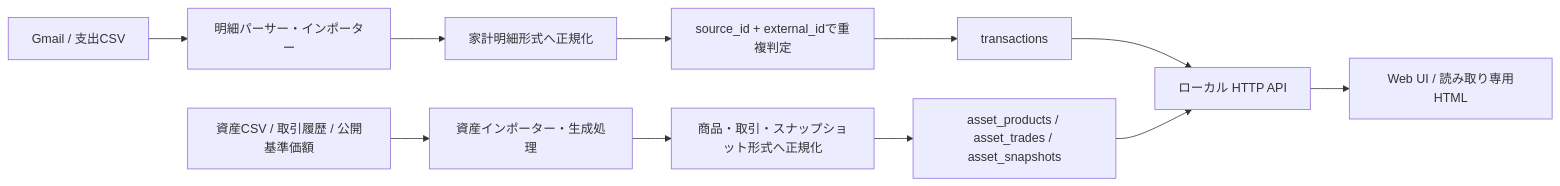
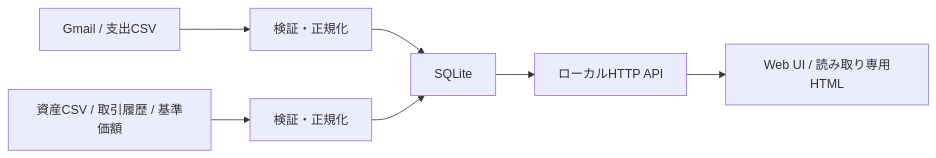
The diagram in README.md (misaka310/local-finance-dashboard), drawn with Mermaid before and after one commit. The commit also changed other lines of this file and 20 other files, not shown here.

````diff
--- a/README.md
+++ b/README.md
@@ -30,15 +58,9 @@
 ```mermaid
 flowchart LR
-  A[Gmail / 支出CSV] --> B[明細パーサー・インポーター]
-  B --> C[家計明細形式へ正規化]
-  C --> D[source_id + external_idで重複判定]
-  D --> E[transactions]
-
-  F[資産CSV / 取引履歴 / 公開基準価額] --> G[資産インポーター・生成処理]
-  G --> H[商品・取引・スナップショット形式へ正規化]
-  H --> I[asset_products / asset_trades / asset_snapshots]
-
-  E --> J[ローカル HTTP API]
-  I --> J
-  J --> K[Web UI / 読み取り専用HTML]
+  A[Gmail / 支出CSV] --> B[検証・正規化]
+  C[資産CSV / 取引履歴 / 基準価額] --> D[検証・正規化]
+  B --> E[SQLite]
+  D --> E
+  E --> F[ローカルHTTP API]
+  F --> G[Web UI / 読み取り専用HTML]
 ```
````
